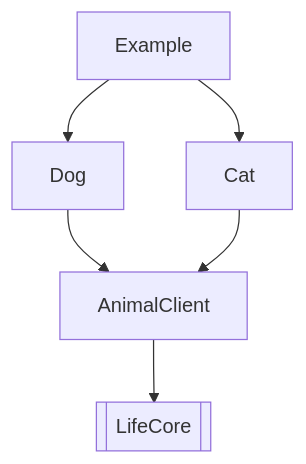
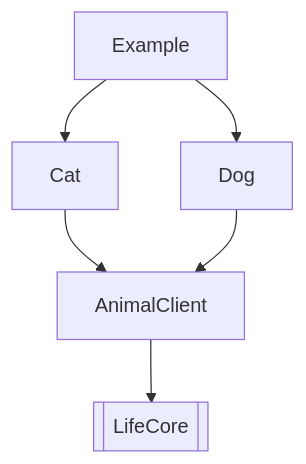
One commit to daikimat/depermaid changed the fourth of 6 diagrams in README.md. Above: the diagram before and after it, drawn with Mermaid. The commit also changed other lines of this file and 3 other files, not shown here.

````diff
--- a/README.md
+++ b/README.md
@@ -96,12 +97,12 @@
 ```mermaid
 flowchart TD
+    AnimalClient
+    AnimalClient-->LifeCore[[LifeCore]]
+    Cat
+    Cat-->AnimalClient
+    Dog
+    Dog-->AnimalClient
     Example
     Example-->Cat
     Example-->Dog
-    Dog
-    Dog-->AnimalClient
-    Cat
-    Cat-->AnimalClient
-    AnimalClient
-    AnimalClient-->LifeCore[[LifeCore]]
 ```
````
